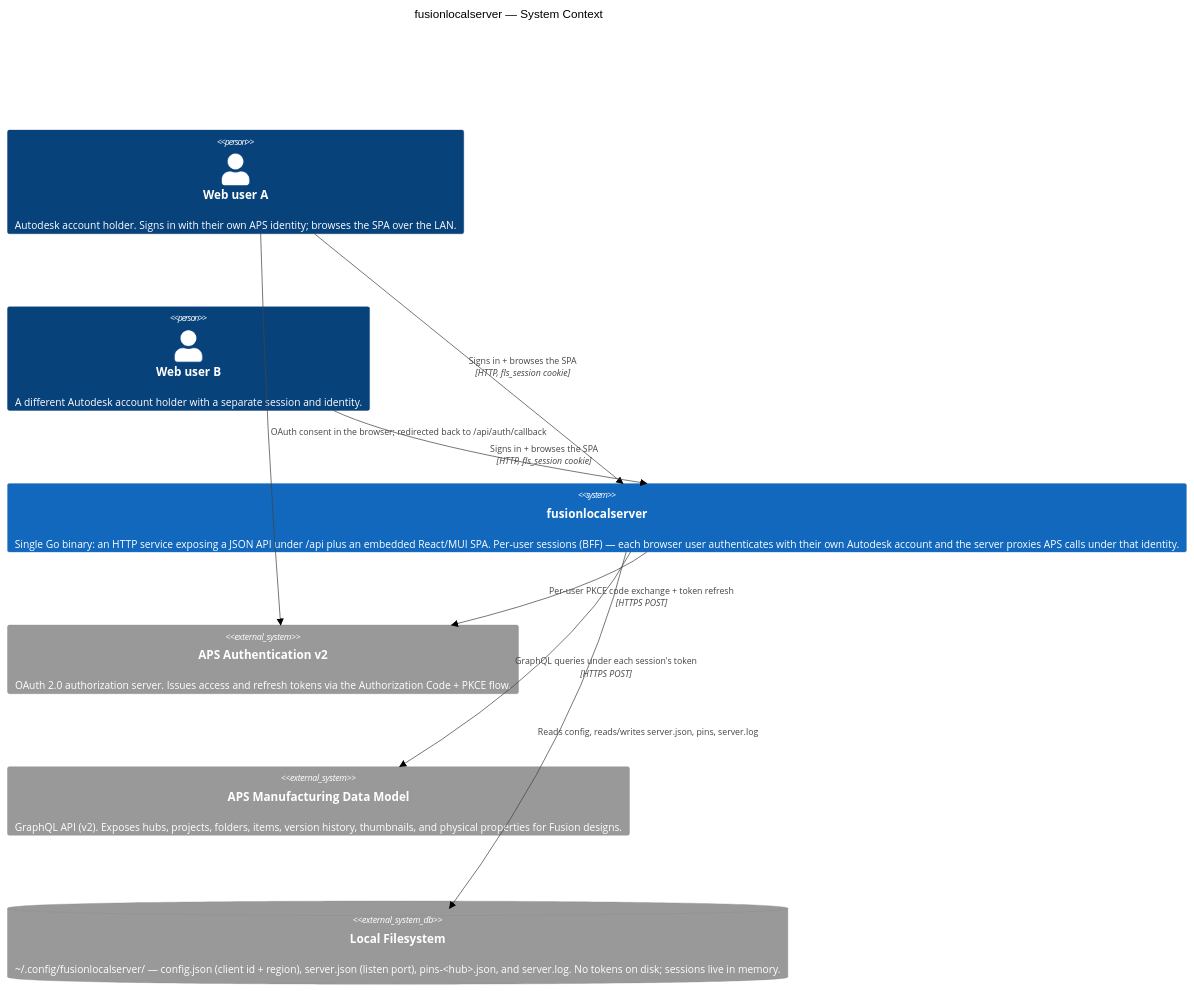
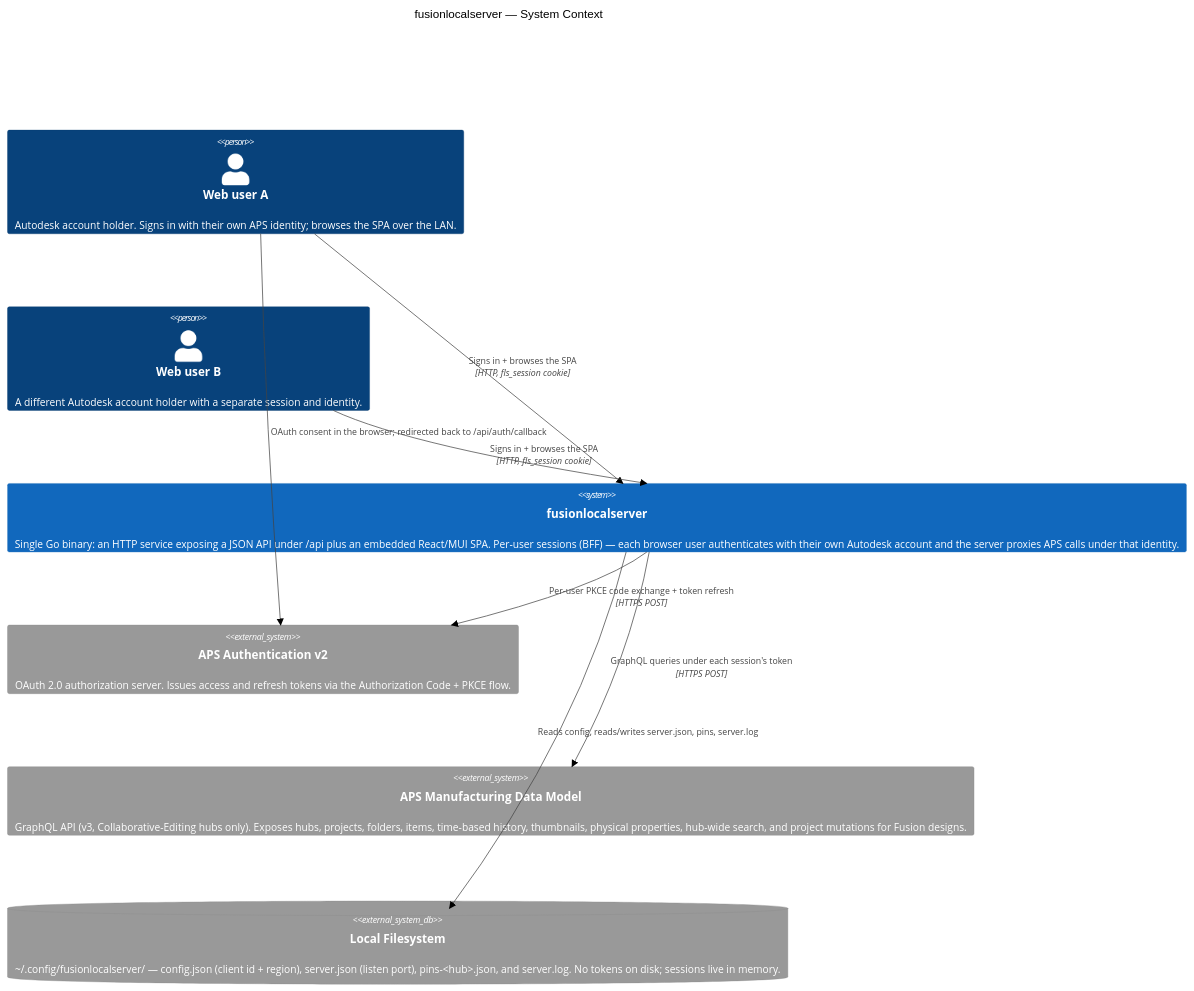
The first of 7 diagrams in docs/architecture.md (schneik80/fusionlocalserver), drawn with Mermaid (neutral theme) before and after one commit. The commit also changed other lines of this file and 19 other files, not shown here.

````diff
--- a/docs/architecture.md
+++ b/docs/architecture.md
@@ -15,22 +17,22 @@
 ```mermaid
 C4Context
     title fusionlocalserver — System Context
 
     Person(user_a, "Web user A", "Autodesk account holder. Signs in with their own APS identity; browses the SPA over the LAN.")
     Person(user_b, "Web user B", "A different Autodesk account holder with a separate session and identity.")
 
     System(app, "fusionlocalserver", "Single Go binary: an HTTP service exposing a JSON API under /api plus an embedded React/MUI SPA. Per-user sessions (BFF) — each browser user authenticates with their own Autodesk account and the server proxies APS calls under that identity.")
 
     System_Ext(aps_auth, "APS Authentication v2", "OAuth 2.0 authorization server. Issues access and refresh tokens via the Authorization Code + PKCE flow.")
 
-    System_Ext(aps_mfg, "APS Manufacturing Data Model", "GraphQL API (v2). Exposes hubs, projects, folders, items, version history, thumbnails, and physical properties for Fusion designs.")
+    System_Ext(aps_mfg, "APS Manufacturing Data Model", "GraphQL API (v3, Collaborative-Editing hubs only). Exposes hubs, projects, folders, items, time-based history, thumbnails, physical properties, hub-wide search, and project mutations for Fusion designs.")
 
     SystemDb_Ext(fs, "Local Filesystem", "~/.config/fusionlocalserver/ — config.json (client id + region), server.json (listen port), pins-<hub>.json, and server.log. No tokens on disk; sessions live in memory.")
 
     Rel(user_a, app, "Signs in + browses the SPA", "HTTP, fls_session cookie")
     Rel(user_b, app, "Signs in + browses the SPA", "HTTP, fls_session cookie")
     Rel(app, aps_auth, "Per-user PKCE code exchange + token refresh", "HTTPS POST")
     Rel(app, aps_mfg, "GraphQL queries under each session's token", "HTTPS POST")
     Rel(app, fs, "Reads config, reads/writes server.json, pins, server.log")
     Rel(user_a, aps_auth, "OAuth consent in the browser; redirected back to /api/auth/callback")
 ```
````
